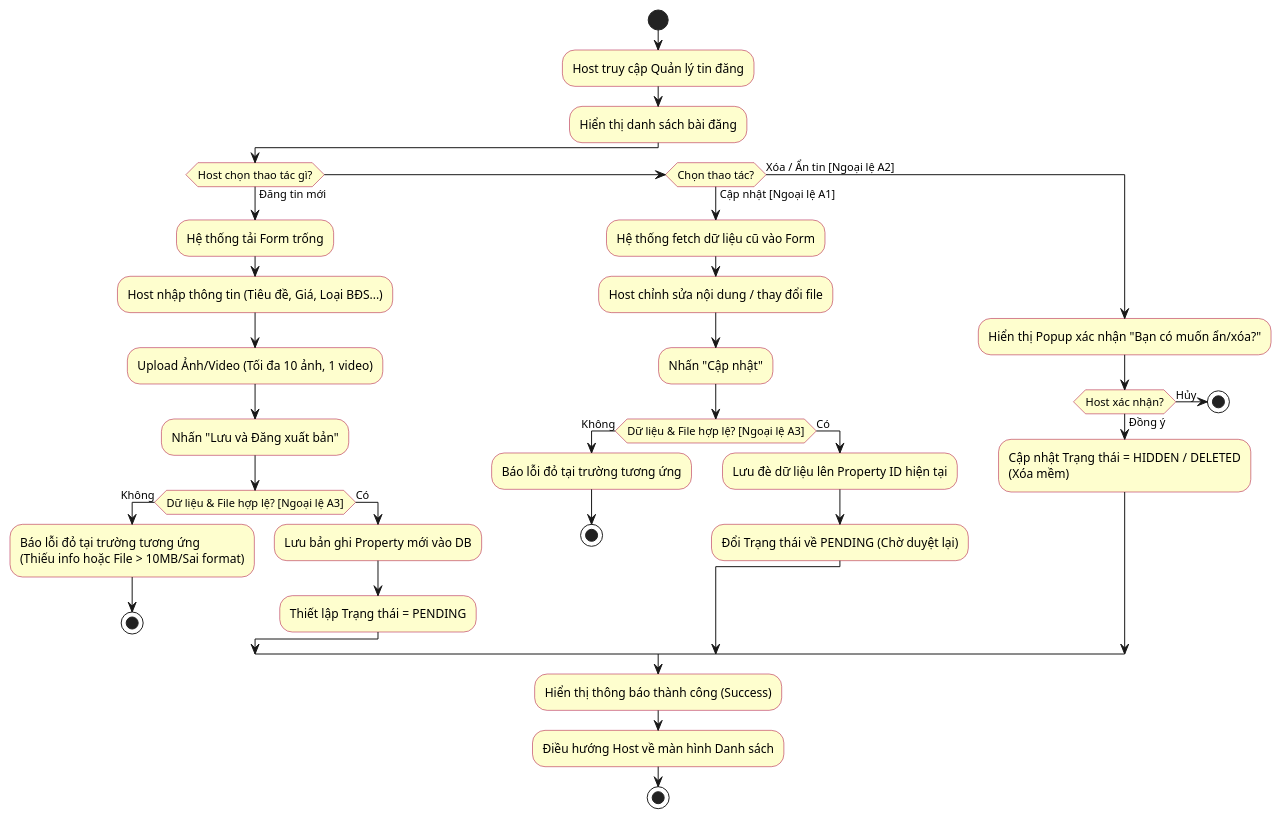
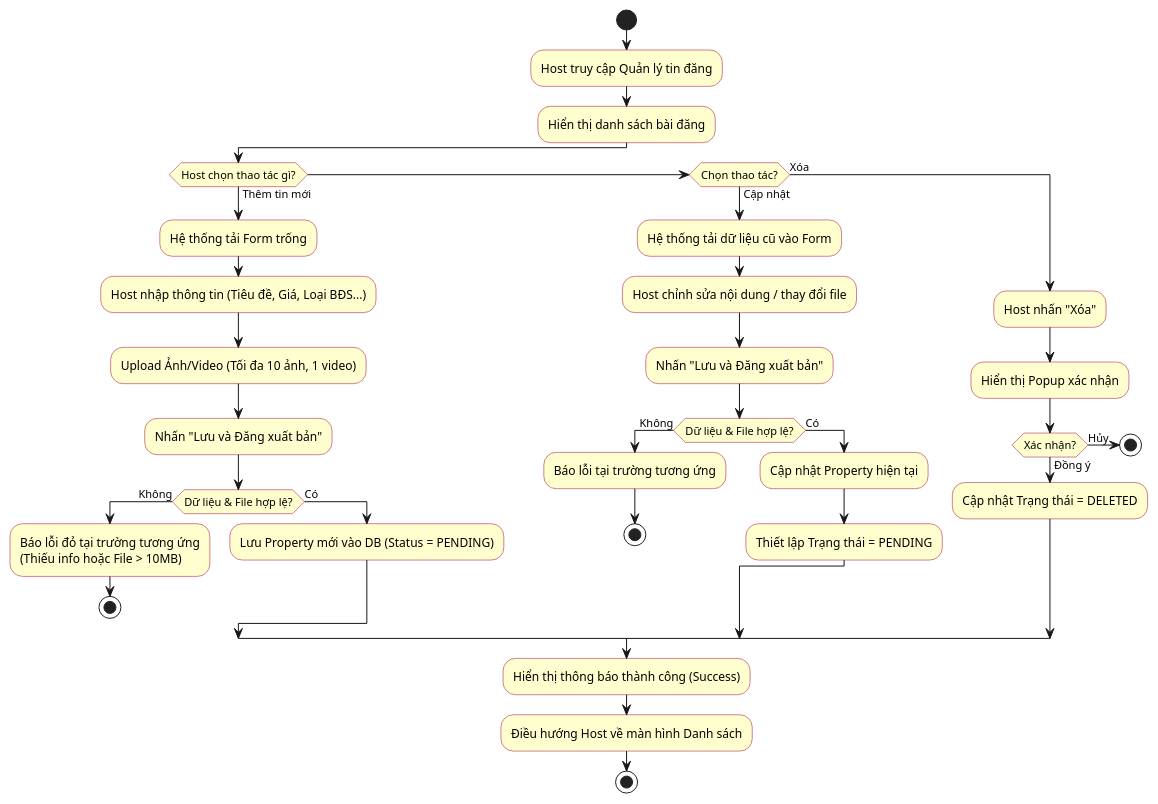
Before and after one commit to chishiya2309/LeaseLink-Backend: the diagram in src/main/java/vn/hcmute/edu/lequanghung_nguyenthaibao/backend/uml/UC02/ActivityDiagramUC2.puml, drawn with PlantUML. The commit also changed 8 other files, not shown here.

```diff
--- a/src/main/java/vn/hcmute/edu/lequanghung_nguyenthaibao/backend/uml/UC02/ActivityDiagramUC2.puml
+++ b/src/main/java/vn/hcmute/edu/lequanghung_nguyenthaibao/backend/uml/UC02/ActivityDiagramUC2.puml
@@ -1,51 +1,51 @@
 @startuml
 skinparam conditionStyle inside
 skinparam ActivityBackgroundColor #FEFECE
 skinparam ActivityBorderColor #A80036
 
 start
 :Host truy cập Quản lý tin đăng;
 :Hiển thị danh sách bài đăng;
 
-if (Host chọn thao tác gì?) then (Đăng tin mới)
+if (Host chọn thao tác gì?) then (Thêm tin mới)
     :Hệ thống tải Form trống;
     :Host nhập thông tin (Tiêu đề, Giá, Loại BĐS...);
     :Upload Ảnh/Video (Tối đa 10 ảnh, 1 video);
     :Nhấn "Lưu và Đăng xuất bản";
 
-    if (Dữ liệu & File hợp lệ? [Ngoại lệ A3]) then (Không)
-        :Báo lỗi đỏ tại trường tương ứng\n(Thiếu info hoặc File > 10MB/Sai format);
+    if (Dữ liệu & File hợp lệ?) then (Không)
+        :Báo lỗi đỏ tại trường tương ứng\n(Thiếu info hoặc File > 10MB);
         stop
     else (Có)
-        :Lưu bản ghi Property mới vào DB;
+        :Lưu Property mới vào DB (Status = PENDING);
+    endif
+
+elseif (Chọn thao tác?) then (Cập nhật)
+    :Hệ thống tải dữ liệu cũ vào Form;
+    :Host chỉnh sửa nội dung / thay đổi file;
+    :Nhấn "Lưu và Đăng xuất bản";
+
+    if (Dữ liệu & File hợp lệ?) then (Không)
+        :Báo lỗi tại trường tương ứng;
+        stop
+    else (Có)
+        :Cập nhật Property hiện tại;
         :Thiết lập Trạng thái = PENDING;
     endif
 
-elseif (Chọn thao tác?) then (Cập nhật [Ngoại lệ A1])
-    :Hệ thống fetch dữ liệu cũ vào Form;
-    :Host chỉnh sửa nội dung / thay đổi file;
-    :Nhấn "Cập nhật";
+else (Xóa)
+    :Host nhấn "Xóa";
+    :Hiển thị Popup xác nhận;
 
-    if (Dữ liệu & File hợp lệ? [Ngoại lệ A3]) then (Không)
-        :Báo lỗi đỏ tại trường tương ứng;
-        stop
-    else (Có)
-        :Lưu đè dữ liệu lên Property ID hiện tại;
-        :Đổi Trạng thái về PENDING (Chờ duyệt lại);
-    endif
-
-else (Xóa / Ẩn tin [Ngoại lệ A2])
-    :Hiển thị Popup xác nhận "Bạn có muốn ẩn/xóa?";
-
-    if (Host xác nhận?) then (Hủy)
+    if (Xác nhận?) then (Hủy)
         stop
     else (Đồng ý)
-        :Cập nhật Trạng thái = HIDDEN / DELETED\n(Xóa mềm);
+        :Cập nhật Trạng thái = DELETED;
     endif
 endif
 
 :Hiển thị thông báo thành công (Success);
 :Điều hướng Host về màn hình Danh sách;
 stop
 
 @enduml
```
